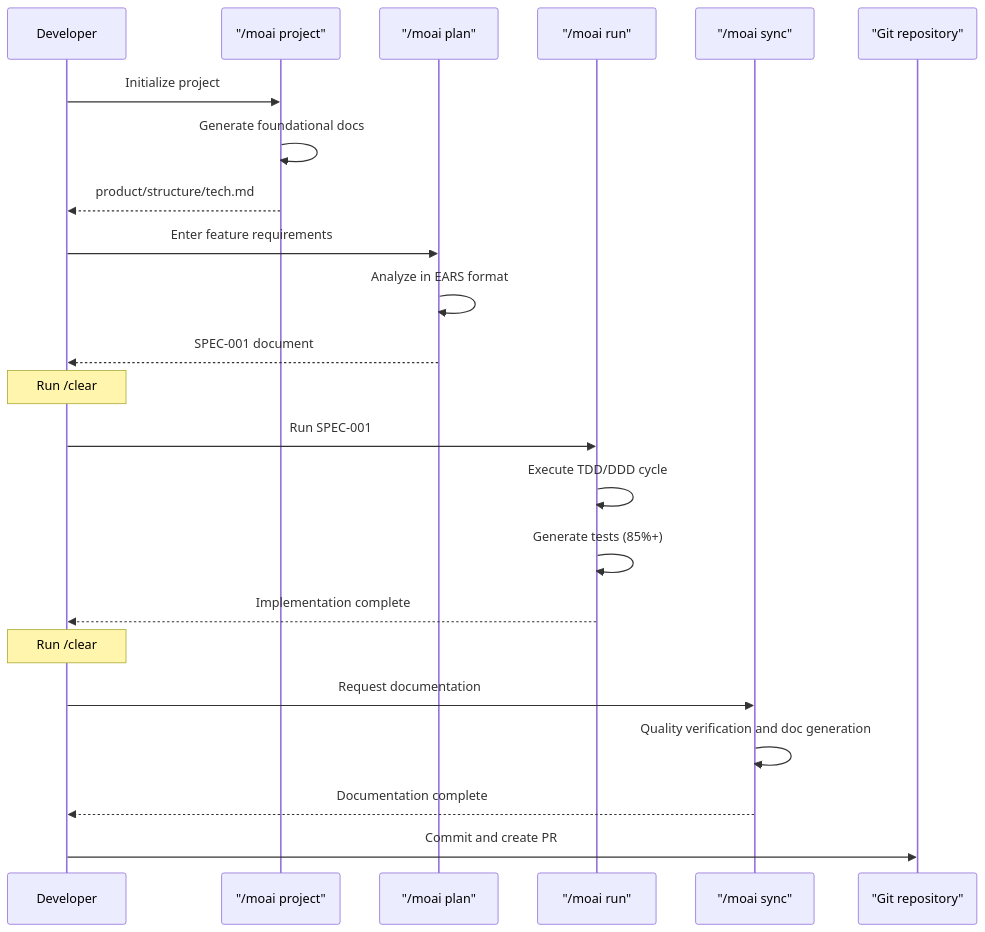
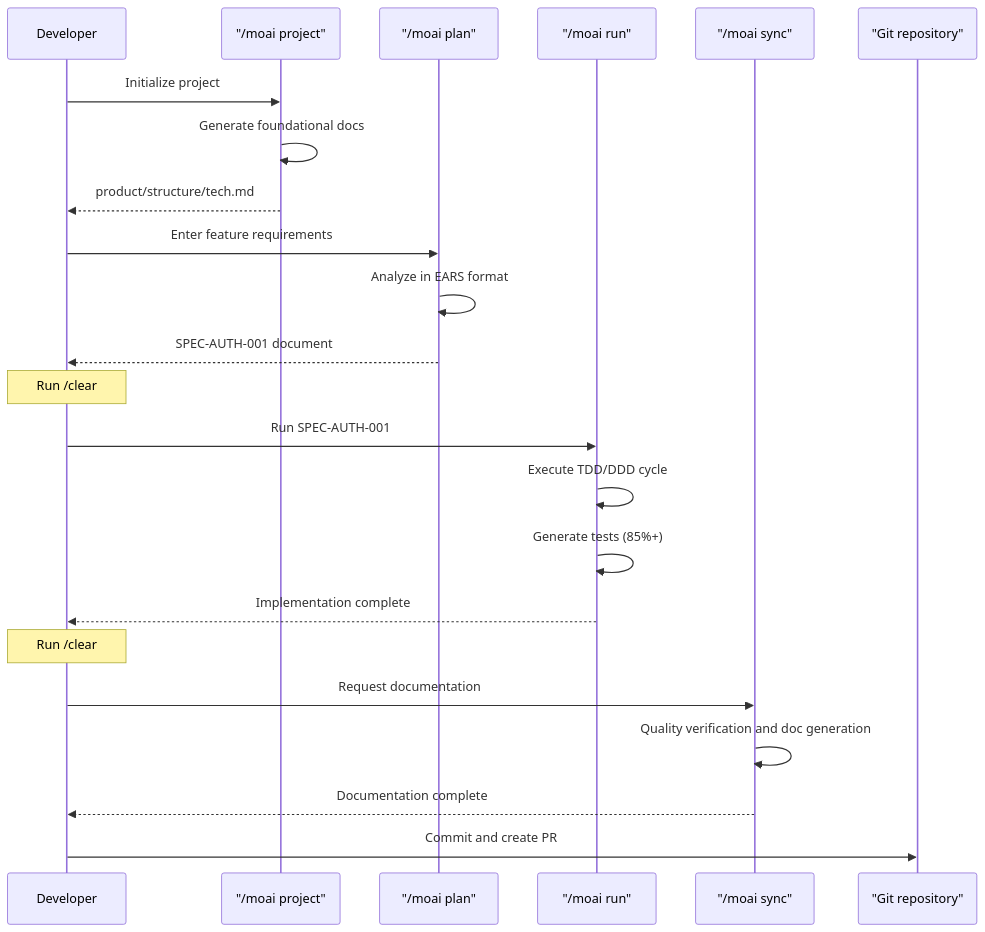
Before and after one commit to modu-ai/moai-adk: the seventh of 9 diagrams in docs-site/content/en/getting-started/quickstart.md, drawn with Mermaid. The commit also changed other lines of this file and 42 other files, not shown here.

````diff
--- a/docs-site/content/en/getting-started/quickstart.md
+++ b/docs-site/content/en/getting-started/quickstart.md
@@ -249,32 +249,32 @@
 ```mermaid
 sequenceDiagram
     participant Dev as Developer
     participant Project as "/moai project"
     participant Plan as "/moai plan"
     participant Run as "/moai run"
     participant Sync as "/moai sync"
     participant Git as "Git repository"
 
     Dev->>Project: Initialize project
     Project->>Project: Generate foundational docs
     Project-->>Dev: product/structure/tech.md
 
     Dev->>Plan: Enter feature requirements
     Plan->>Plan: Analyze in EARS format
-    Plan-->>Dev: SPEC-001 document
+    Plan-->>Dev: SPEC-AUTH-001 document
 
     Note over Dev: Run /clear
 
-    Dev->>Run: Run SPEC-001
+    Dev->>Run: Run SPEC-AUTH-001
     Run->>Run: Execute TDD/DDD cycle
     Run->>Run: Generate tests (85%+)
     Run-->>Dev: Implementation complete
 
     Note over Dev: Run /clear
 
     Dev->>Sync: Request documentation
     Sync->>Sync: Quality verification and doc generation
     Sync-->>Dev: Documentation complete
 
     Dev->>Git: Commit and create PR
 ```
````
